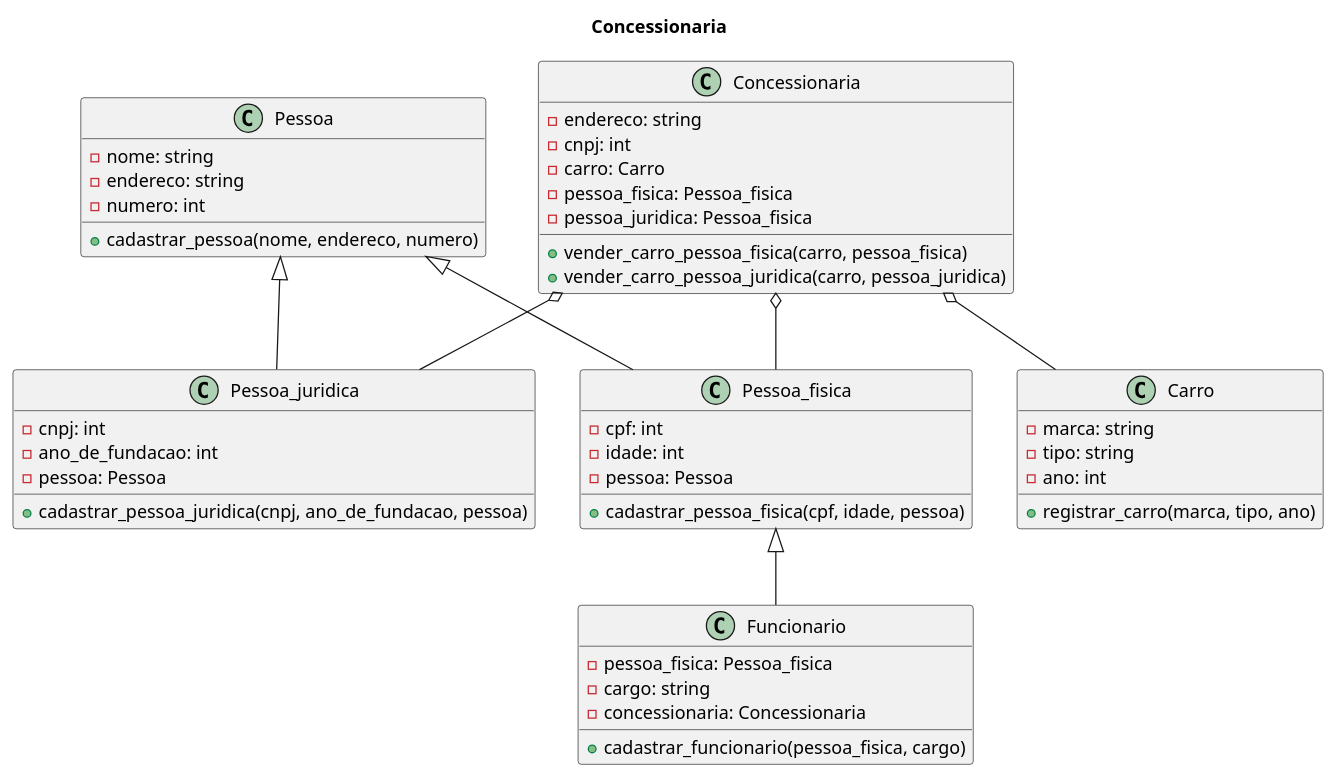
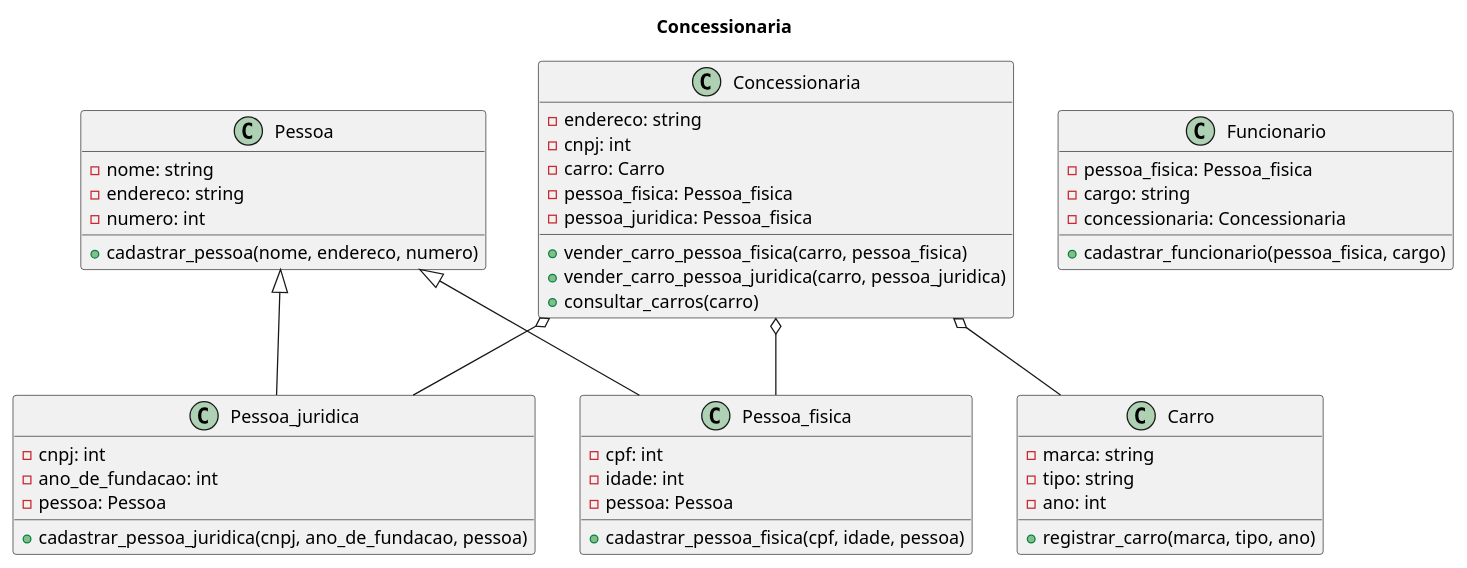
The diagram in plantum.plantuml (anleaes/2023-1-N1-POO-08), drawn with PlantUML before and after one commit. The commit also changed 4 other files, not shown here.

```diff
--- a/plantum.plantuml
+++ b/plantum.plantuml
@@ -1,54 +1,55 @@
 @startuml trabalho
 
 title Concessionaria
 
 class Pessoa{
     - nome: string
     - endereco: string
     - numero: int
     + cadastrar_pessoa(nome, endereco, numero)
 
 }
 class Pessoa_fisica{
     - cpf: int
     - idade: int
     - pessoa: Pessoa
     + cadastrar_pessoa_fisica(cpf, idade, pessoa)
 }
 class Pessoa_juridica{
     - cnpj: int
     - ano_de_fundacao: int
     - pessoa: Pessoa
     + cadastrar_pessoa_juridica(cnpj, ano_de_fundacao, pessoa)
 }
 class Funcionario{
     - pessoa_fisica: Pessoa_fisica
     - cargo: string
     - concessionaria: Concessionaria
     + cadastrar_funcionario(pessoa_fisica, cargo)
 }
 class Carro{
     - marca: string
     - tipo: string
     - ano: int
     + registrar_carro(marca, tipo, ano)
 
 }
 class Concessionaria{
     - endereco: string
     - cnpj: int
     - carro: Carro
     - pessoa_fisica: Pessoa_fisica
     - pessoa_juridica: Pessoa_fisica
     + vender_carro_pessoa_fisica(carro, pessoa_fisica)
     + vender_carro_pessoa_juridica(carro, pessoa_juridica)
+    + consultar_carros(carro)
 }
 
 Pessoa <|-- Pessoa_fisica
 Pessoa <|-- Pessoa_juridica
-Pessoa_fisica <|-- Funcionario
+
 Concessionaria o-- Carro
 Concessionaria o-- Pessoa_juridica
 Concessionaria o-- Pessoa_fisica
 
 @enduml
```
